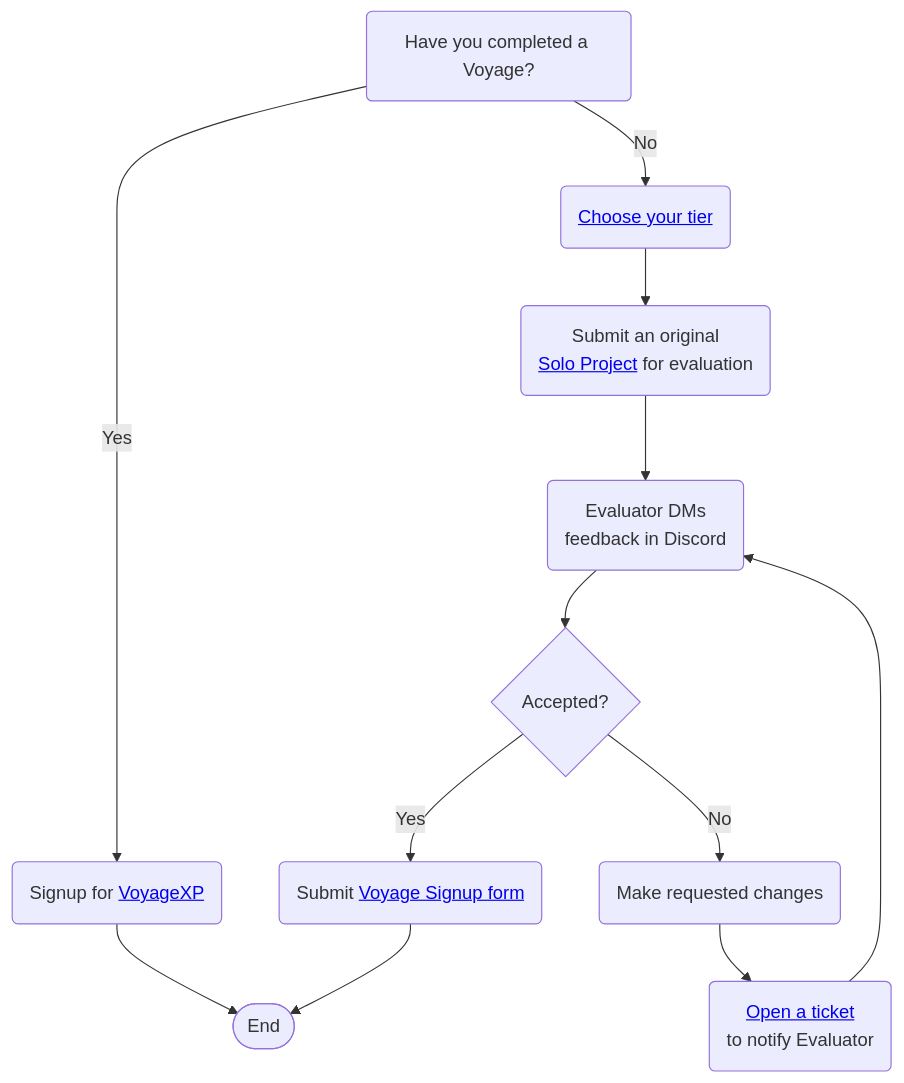
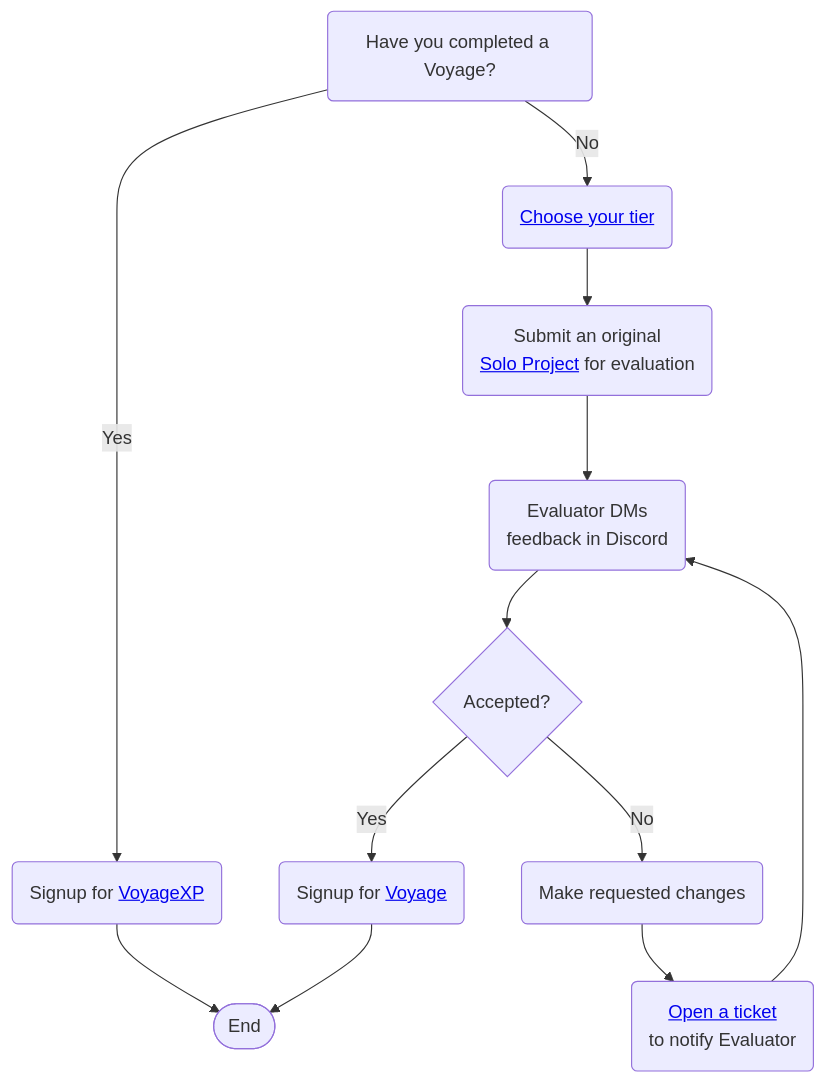
Before and after one commit to chingu-voyages/Handbook: the diagram in README.md, drawn with Mermaid.

Commit message:
Feature: Update Voyage signup action in flowchart

````diff
--- a/README.md
+++ b/README.md
@@ -50,14 +50,14 @@
 ```mermaid
 flowchart TB
    A(Have you completed a Voyage?) -- No --> B(<a href='https://github.com/chingu-voyages/Handbook/blob/main/docs/guides/soloproject/soloproject.md#1-choose-your-tier-1%EF%B8%8F%E2%83%A3-2%EF%B8%8F%E2%83%A3-3%EF%B8%8F%E2%83%A3' target='_blank'>Choose your tier</a>);
    A -- Yes --> C(Signup for <a href='https://forms.gle/dFaNuYWAjARd99qo8' target='_blank'>VoyageXP</a>);
    C --> Z([End]);
    B --> D(Submit an original</br><a href='https://github.com/chingu-voyages/Handbook/blob/main/docs/guides/soloproject/soloproject.md' target='_blank'>Solo Project</a> for evaluation);
    D --> E(Evaluator DMs</br>feedback in Discord);
    E --> F{Accepted?};
-   F -- Yes --> G(Submit <a href='https://forms.gle/dFaNuYWAjARd99qo8' target='_blank'>Voyage Signup form</a>);
+   F -- Yes --> G(Signup for <a href='https://forms.gle/dFaNuYWAjARd99qo8' target='_blank'>Voyage</a>);
    G --> Z([End]);
    F -- No --> H(Make requested changes);
    H --> I(<a href='https://discord.com/channels/330284646283608064/1193342042080817323' target='_blank'>Open a ticket</a></br>to notify Evaluator);
    I --> E;
 ```
````
